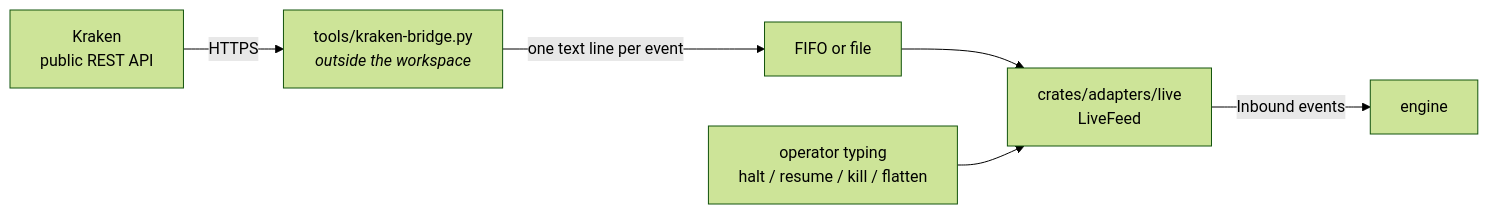
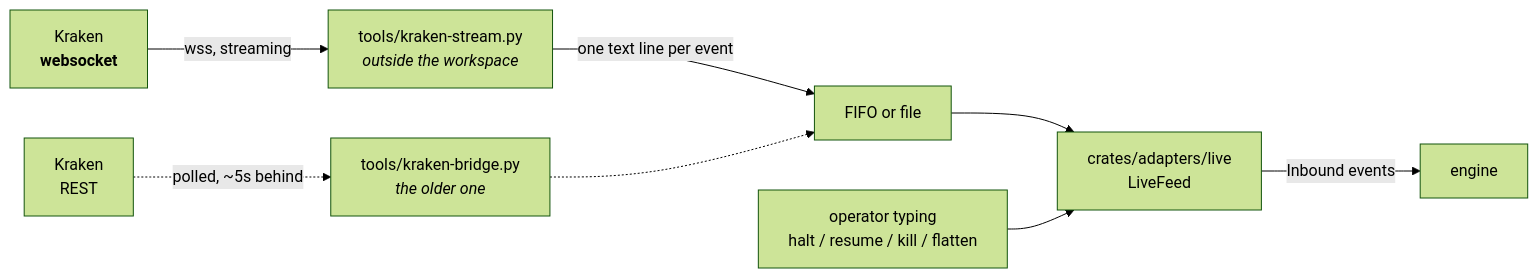
One commit to eelxpeng/AIQuant changed the second of 6 diagrams in ultra_trade/docs/SYSTEM-MAP.md. Above: the diagram before and after it, drawn with Mermaid (forest theme). The commit also changed other lines of this file and 11 other files, not shown here.

````diff
--- a/ultra_trade/docs/SYSTEM-MAP.md
+++ b/ultra_trade/docs/SYSTEM-MAP.md
@@ -66,8 +66,10 @@
 ```mermaid
 graph LR
-    K["Kraken<br/>public REST API"] -->|HTTPS| BR["tools/kraken-bridge.py<br/><i>outside the workspace</i>"]
+    K["Kraken<br/><b>websocket</b>"] -->|"wss, streaming"| BR["tools/kraken-stream.py<br/><i>outside the workspace</i>"]
+    K2["Kraken<br/>REST"] -.->|"polled, ~5s behind"| BR2["tools/kraken-bridge.py<br/><i>the older one</i>"]
     BR -->|"one text line per event"| F["FIFO or file"]
+    BR2 -.-> F
     F --> LF["crates/adapters/live<br/>LiveFeed"]
     LF -->|"Inbound events"| EN["engine"]
     STDIN["operator typing<br/>halt / resume / kill / flatten"] --> LF
 ```
````
